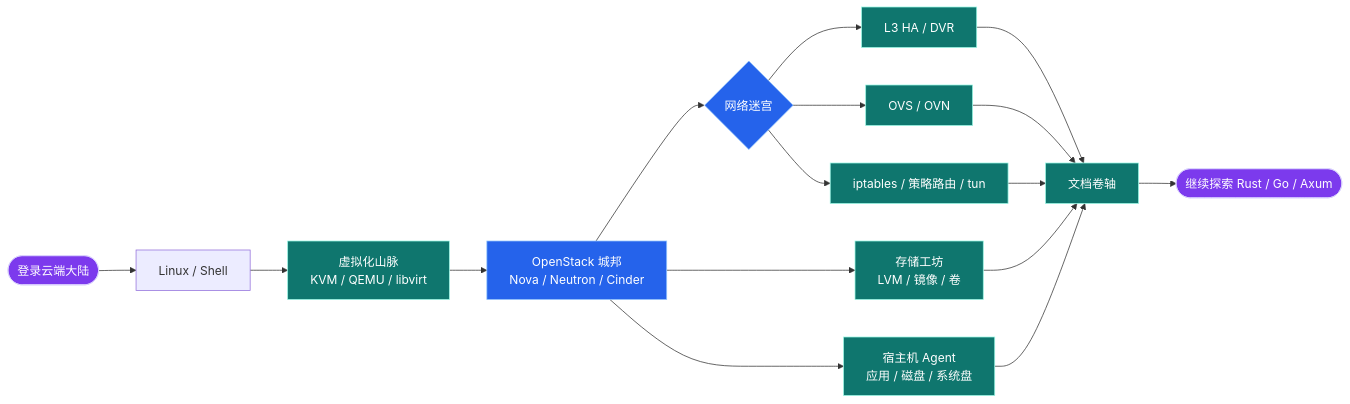
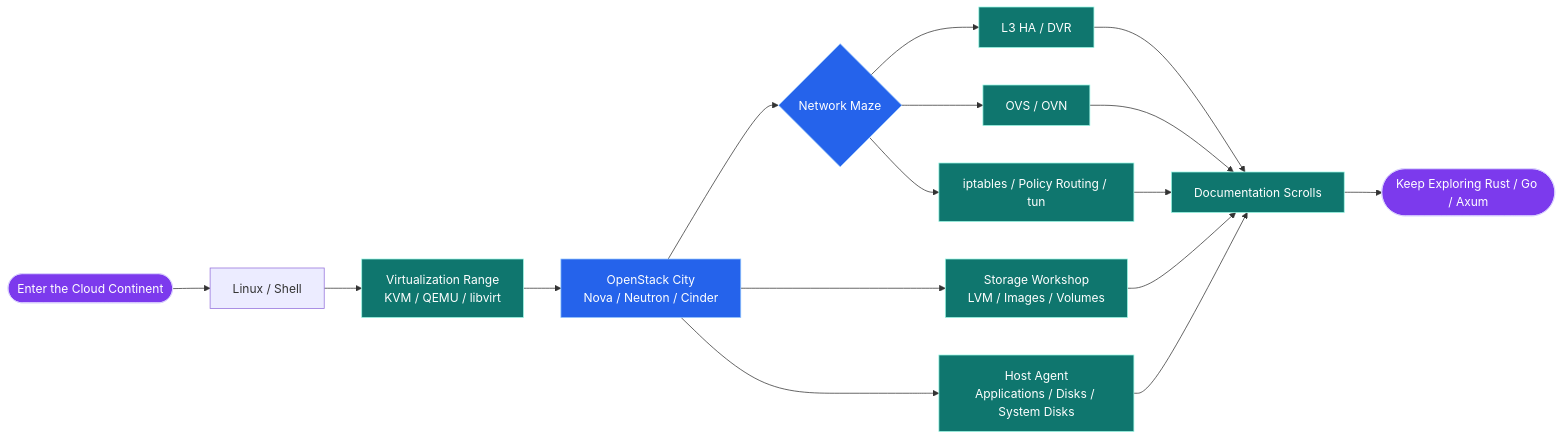
Before and after one commit to wangkuntian/wangkuntian: the first of 2 diagrams in README.md, drawn with Mermaid. The commit also changed other lines of this file and 5 other files, not shown here.

````diff
--- a/README.md
+++ b/README.md
@@ -86,25 +90,25 @@
 ```mermaid
 flowchart LR
-  start(["登录云端大陆"]) --> linux["Linux / Shell"]
-  linux --> virt["虚拟化山脉<br/>KVM / QEMU / libvirt"]
-  virt --> openstack["OpenStack 城邦<br/>Nova / Neutron / Cinder"]
-  openstack --> network{"网络迷宫"}
+  start(["Enter the Cloud Continent"]) --> linux["Linux / Shell"]
+  linux --> virt["Virtualization Range<br/>KVM / QEMU / libvirt"]
+  virt --> openstack["OpenStack City<br/>Nova / Neutron / Cinder"]
+  openstack --> network{"Network Maze"}
   network --> l3["L3 HA / DVR"]
   network --> ovs["OVS / OVN"]
-  network --> route["iptables / 策略路由 / tun"]
-  openstack --> storage["存储工坊<br/>LVM / 镜像 / 卷"]
-  openstack --> agent["宿主机 Agent<br/>应用 / 磁盘 / 系统盘"]
-  l3 --> docs["文档卷轴"]
+  network --> route["iptables / Policy Routing / tun"]
+  openstack --> storage["Storage Workshop<br/>LVM / Images / Volumes"]
+  openstack --> agent["Host Agent<br/>Applications / Disks / System Disks"]
+  l3 --> docs["Documentation Scrolls"]
   ovs --> docs
   route --> docs
   storage --> docs
   agent --> docs
-  docs --> next(["继续探索 Rust / Go / Axum"])
+  docs --> next(["Keep Exploring Rust / Go / Axum"])
 
   classDef main fill:#2563eb,color:#fff,stroke:#93c5fd,stroke-width:1px;
   classDef area fill:#0f766e,color:#fff,stroke:#99f6e4,stroke-width:1px;
   classDef finale fill:#7c3aed,color:#fff,stroke:#ddd6fe,stroke-width:1px;
   class start,next finale;
   class openstack,network main;
   class virt,storage,agent,l3,ovs,route,docs area;
 ```
````
